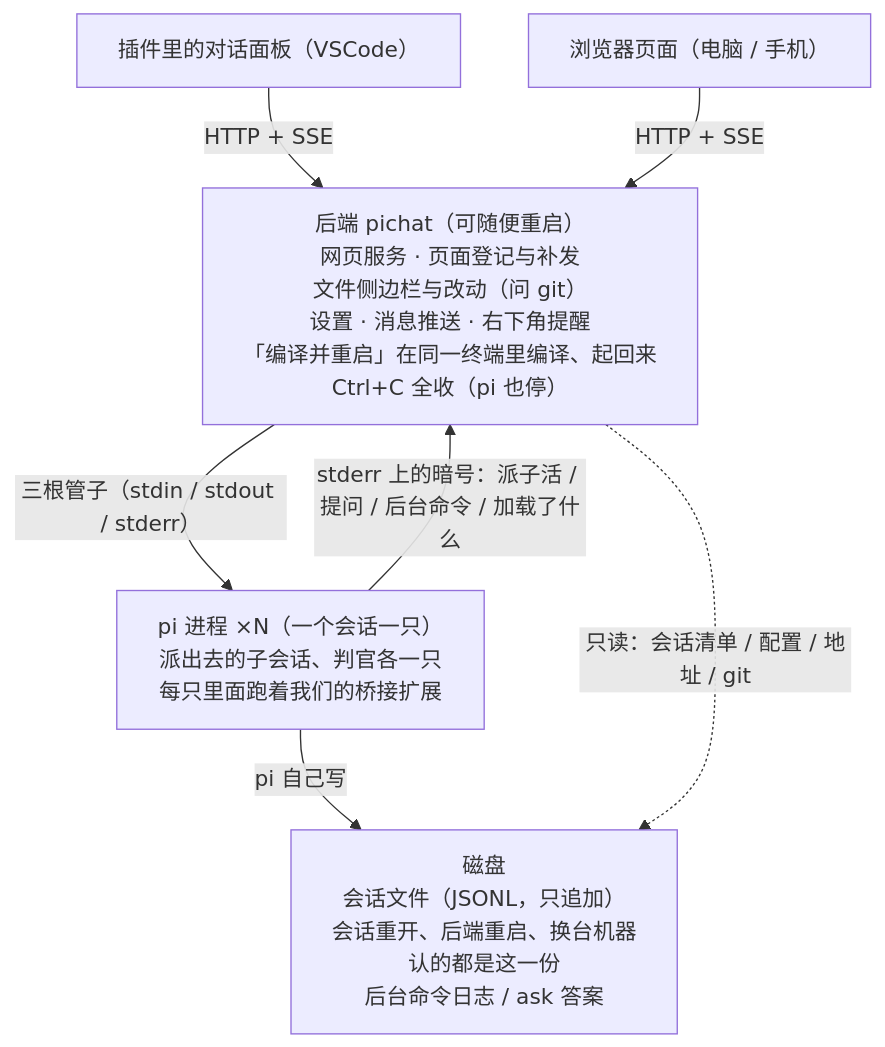
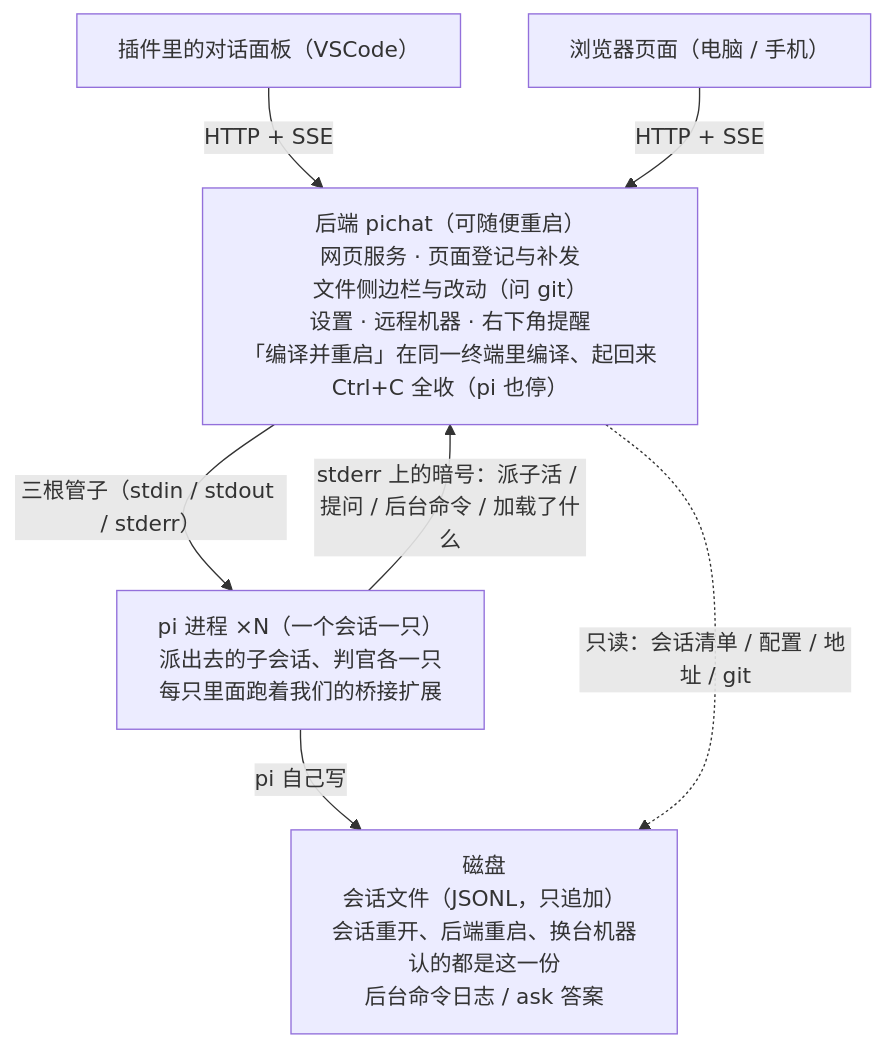
One commit to kexul/picode changed the diagram in README.md. Above: the diagram before and after it, drawn with Mermaid. The commit also changed 10 other files, not shown here.

````diff
--- a/README.md
+++ b/README.md
@@ -5,19 +5,19 @@
 ```mermaid
 %%{init: {"flowchart": {"wrappingWidth": 420}}}%%
 flowchart TD
     Panel["插件里的对话面板（VSCode）"]
     Page["浏览器页面（电脑 / 手机）"]
 
-    Backend["后端 pichat（可随便重启）<br/>网页服务 · 页面登记与补发<br/>文件侧边栏与改动（问 git）<br/>设置 · 消息推送 · 右下角提醒<br/>「编译并重启」在同一终端里编译、起回来<br/>Ctrl+C 全收（pi 也停）"]
+    Backend["后端 pichat（可随便重启）<br/>网页服务 · 页面登记与补发<br/>文件侧边栏与改动（问 git）<br/>设置 · 远程机器 · 右下角提醒<br/>「编译并重启」在同一终端里编译、起回来<br/>Ctrl+C 全收（pi 也停）"]
 
     Pi["pi 进程 ×N（一个会话一只）<br/>派出去的子会话、判官各一只<br/>每只里面跑着我们的桥接扩展"]
 
     Disk["磁盘<br/>会话文件（JSONL，只追加）<br/>会话重开、后端重启、换台机器<br/>认的都是这一份<br/>后台命令日志 / ask 答案"]
 
     Panel -->|"HTTP + SSE"| Backend
     Page -->|"HTTP + SSE"| Backend
     Backend -->|"三根管子（stdin / stdout / stderr）"| Pi
     Pi -->|"stderr 上的暗号：派子活 / 提问 / 后台命令 / 加载了什么"| Backend
     Pi -->|"pi 自己写"| Disk
     Backend -.->|"只读：会话清单 / 配置 / 地址 / git"| Disk
 ```
````
